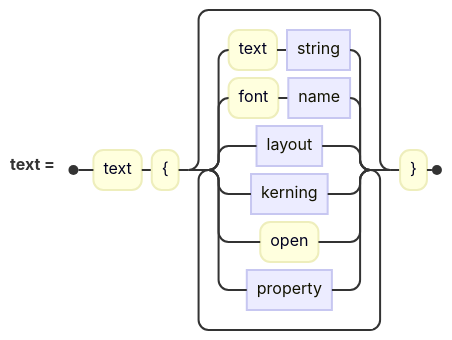
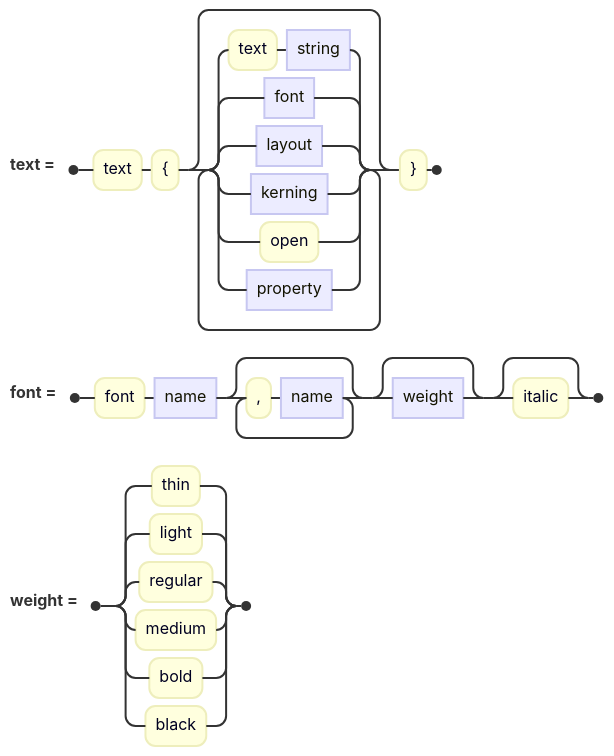
The diagram in docs/diagrams/advanced/textClause.mmd (jskress/RayTracer), drawn with Mermaid before and after one commit. The commit also changed 16 other files, not shown here.

```diff
--- a/docs/diagrams/advanced/textClause.mmd
+++ b/docs/diagrams/advanced/textClause.mmd
@@ -1,4 +1,8 @@
 railroad-ebnf-beta
 title "A text solid"
 
-text = "text" "{" { "text" string | "font" name | layout | kerning | "open" | property } "}" ;
+text = "text" "{" { "text" string | font | layout | kerning | "open" | property } "}" ;
+
+font = "font" name { "," name } [ weight ] [ "italic" ] ;
+
+weight = "thin" | "light" | "regular" | "medium" | "bold" | "black" ;
```
